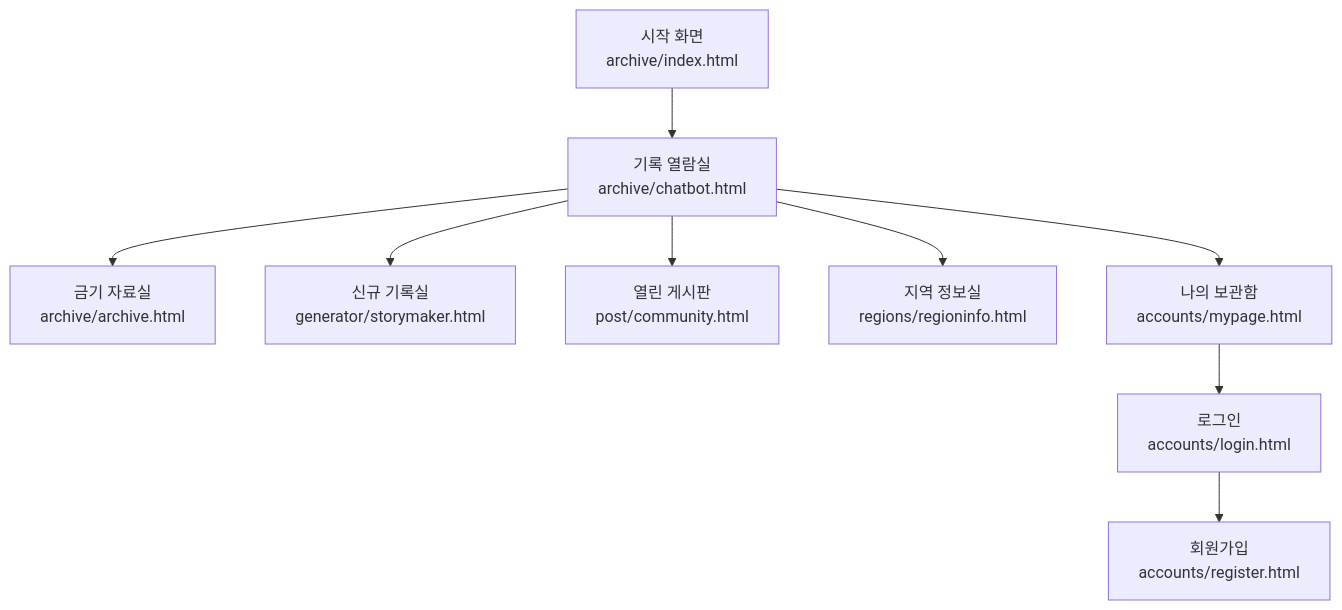
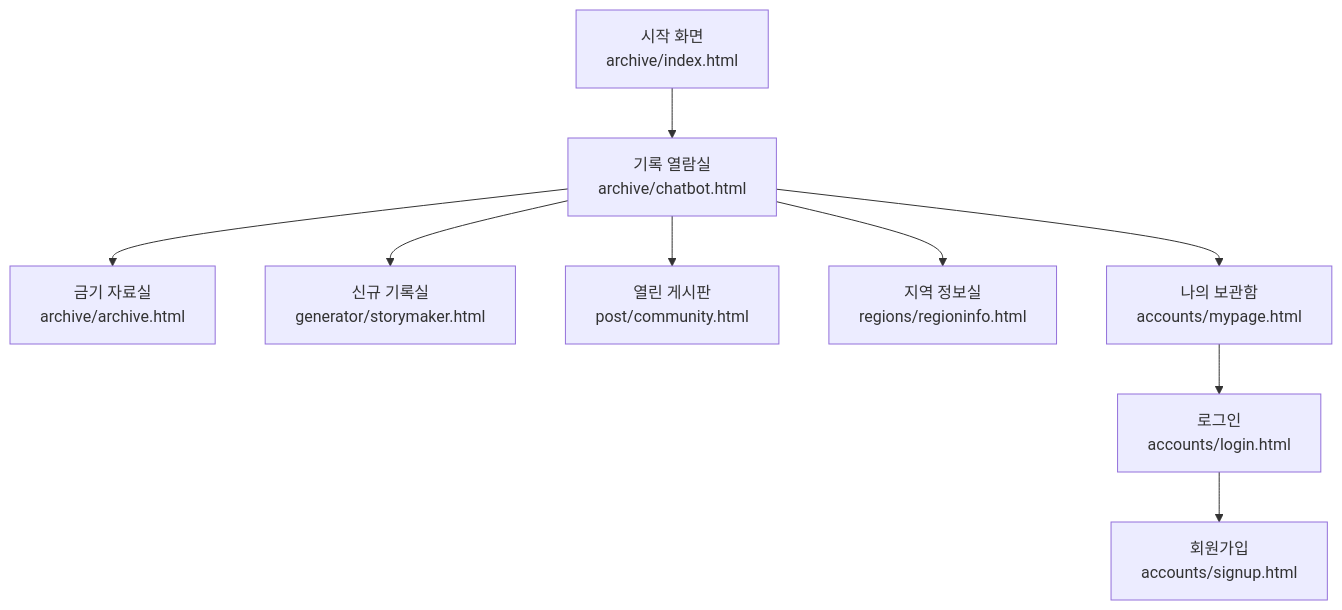
The diagram in docs/screen-design.md (SKNETWORKS-FAMILY-AICAMP/SKN27-4th-1team), drawn with Mermaid before and after one commit. The commit also changed other lines of this file and 10 other files, not shown here.

````diff
--- a/docs/screen-design.md
+++ b/docs/screen-design.md
@@ -244,11 +244,11 @@
 ```mermaid
 flowchart TD
     A["시작 화면<br/>archive/index.html"] --> B["기록 열람실<br/>archive/chatbot.html"]
     B --> C["금기 자료실<br/>archive/archive.html"]
     B --> D["신규 기록실<br/>generator/storymaker.html"]
     B --> E["열린 게시판<br/>post/community.html"]
     B --> F["지역 정보실<br/>regions/regioninfo.html"]
     B --> G["나의 보관함<br/>accounts/mypage.html"]
     G --> H["로그인<br/>accounts/login.html"]
-    H --> I["회원가입<br/>accounts/register.html"]
+    H --> I["회원가입<br/>accounts/signup.html"]
 ```
````
